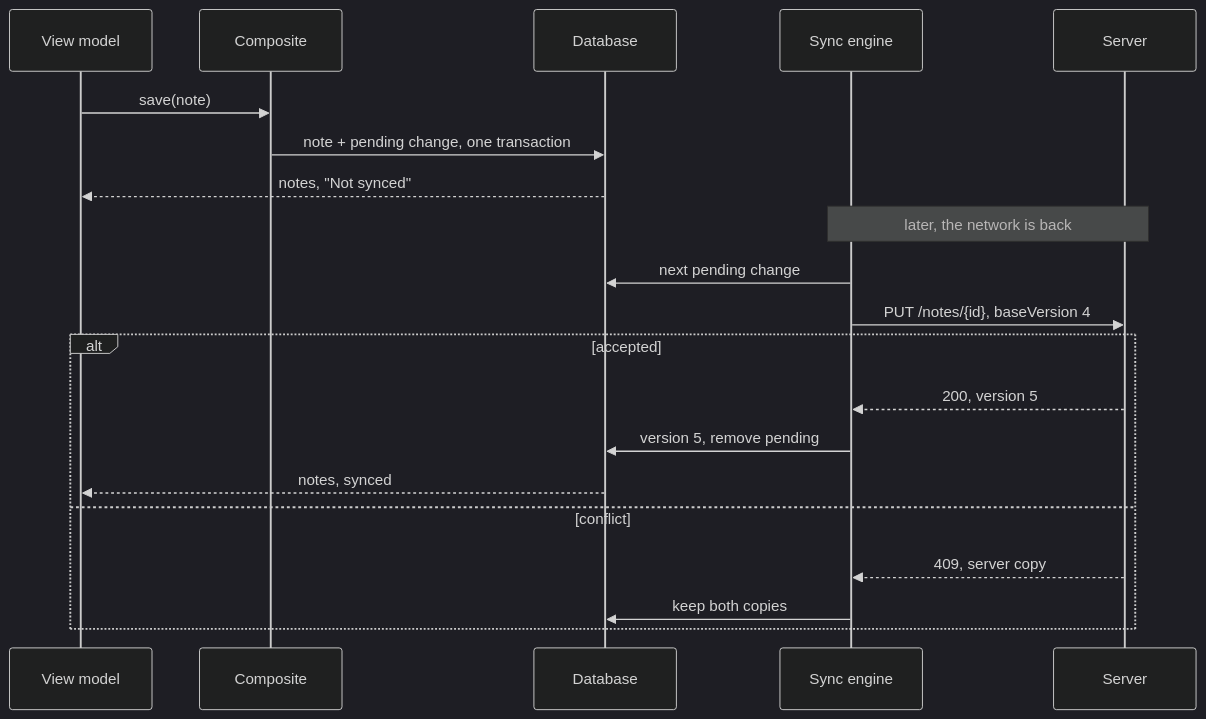
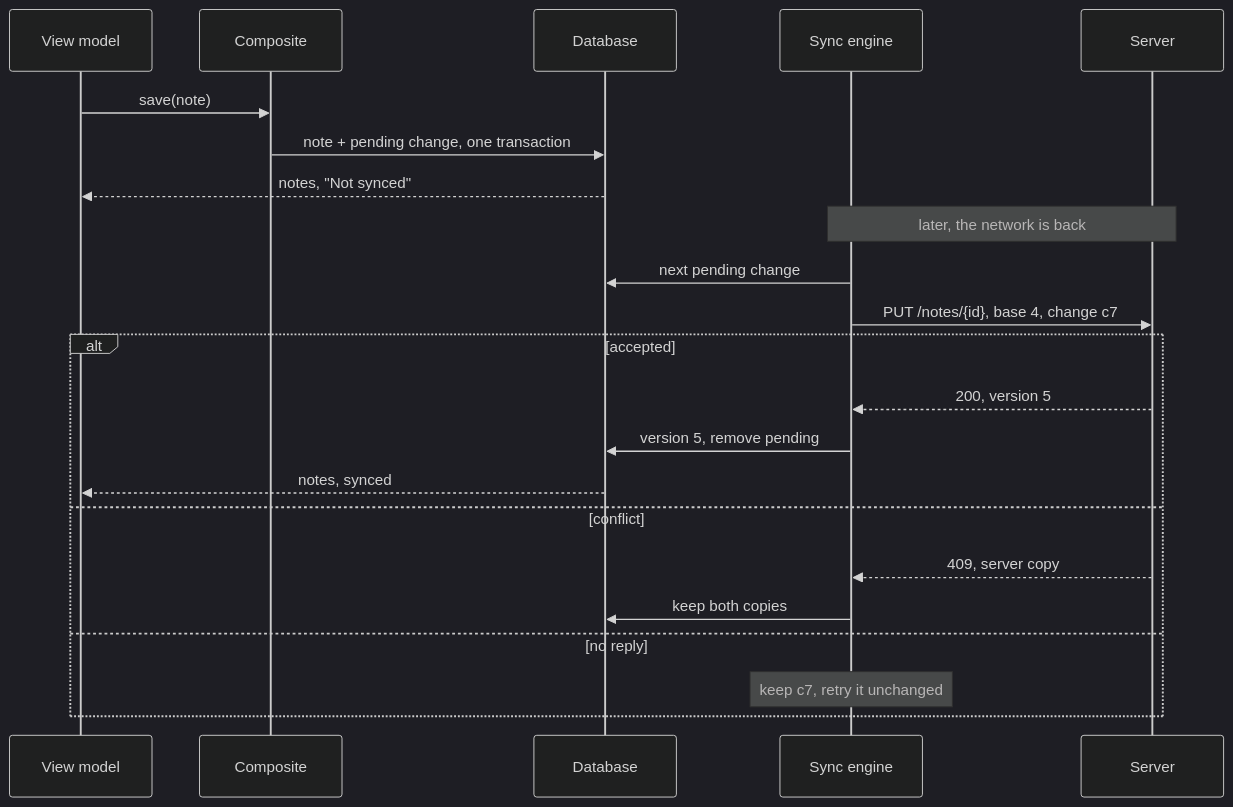
One commit to rezabina86/reference-desk changed the second of 3 diagrams in topics/system-design/04-offline-notes-sync.md. Above: the diagram before and after it, drawn with Mermaid (dark theme). The commit also changed other lines of this file and 5 other files, not shown here.

````diff
--- a/topics/system-design/04-offline-notes-sync.md
+++ b/topics/system-design/04-offline-notes-sync.md
@@ -326,22 +381,24 @@
 ```mermaid
 sequenceDiagram
   participant VM as View model
   participant C as Composite
   participant DB as Database
   participant S as Sync engine
   participant R as Server
   VM->>C: save(note)
   C->>DB: note + pending change, one transaction
   DB-->>VM: notes, "Not synced"
   Note over S,R: later, the network is back
   S->>DB: next pending change
-  S->>R: PUT /notes/{id}, baseVersion 4
+  S->>R: PUT /notes/{id}, base 4, change c7
   alt accepted
     R-->>S: 200, version 5
     S->>DB: version 5, remove pending
     DB-->>VM: notes, synced
   else conflict
     R-->>S: 409, server copy
     S->>DB: keep both copies
+  else no reply
+    Note over S: keep c7, retry it unchanged
   end
 ```
````
